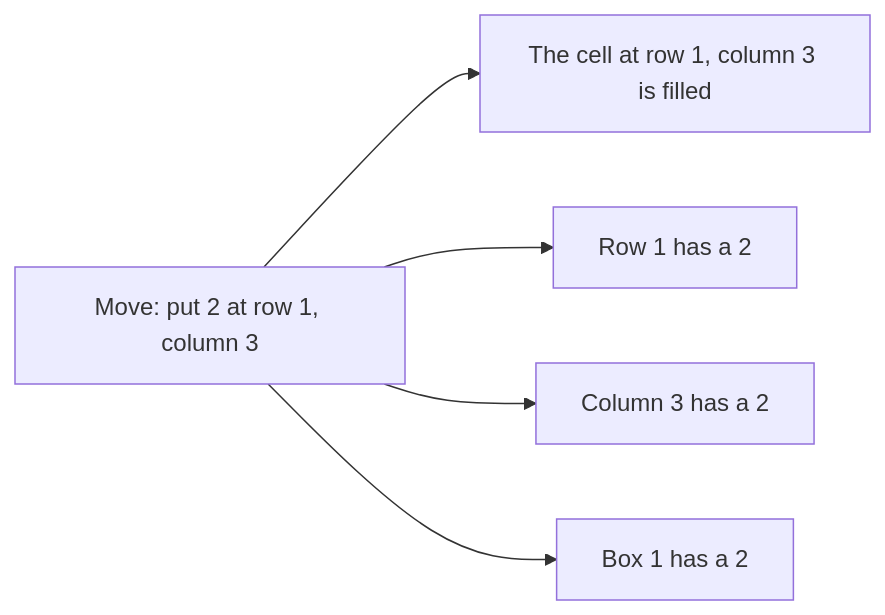
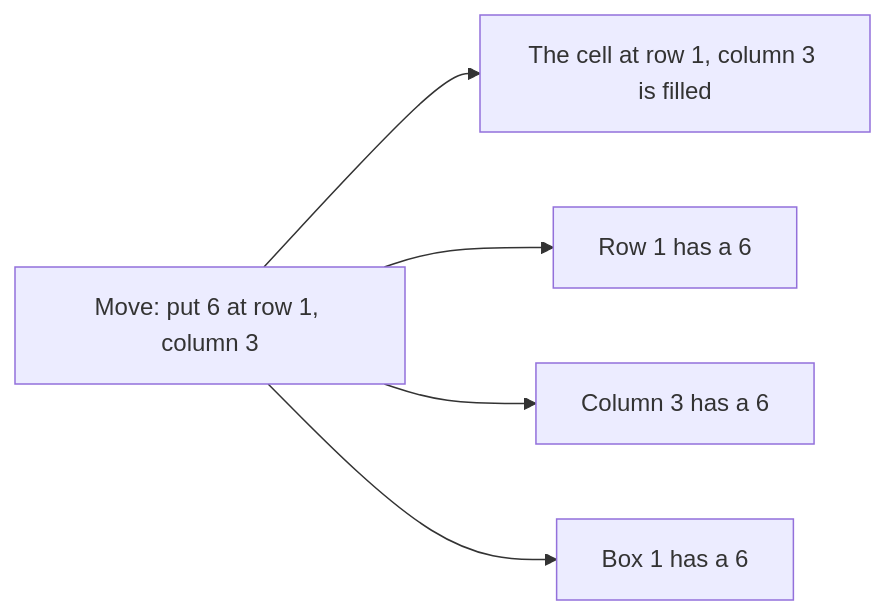
Before and after one commit to dimchansky/dlx: the diagram in examples/sudoku/README.md, drawn with Mermaid. The commit also changed other lines of this file and 3 other files, not shown here.

````diff
--- a/examples/sudoku/README.md
+++ b/examples/sudoku/README.md
@@ -60,7 +60,7 @@
 ```mermaid
 flowchart LR
-    M["Move: put 2 at row 1, column 3"] --> A["The cell at row 1, column 3 is filled"]
-    M --> B["Row 1 has a 2"]
-    M --> C["Column 3 has a 2"]
-    M --> D["Box 1 has a 2"]
+    M["Move: put 6 at row 1, column 3"] --> A["The cell at row 1, column 3 is filled"]
+    M --> B["Row 1 has a 6"]
+    M --> C["Column 3 has a 6"]
+    M --> D["Box 1 has a 6"]
 ```
````
